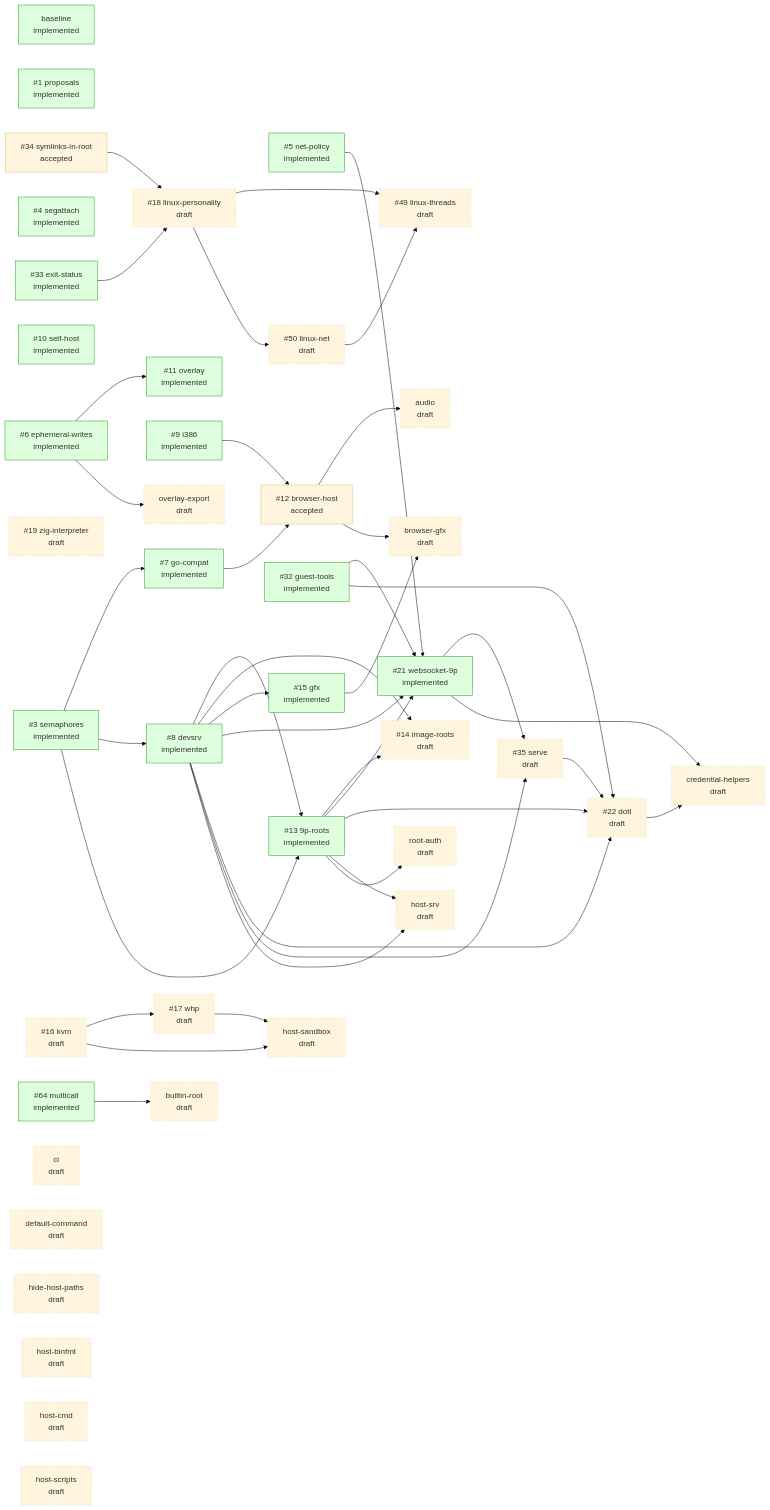
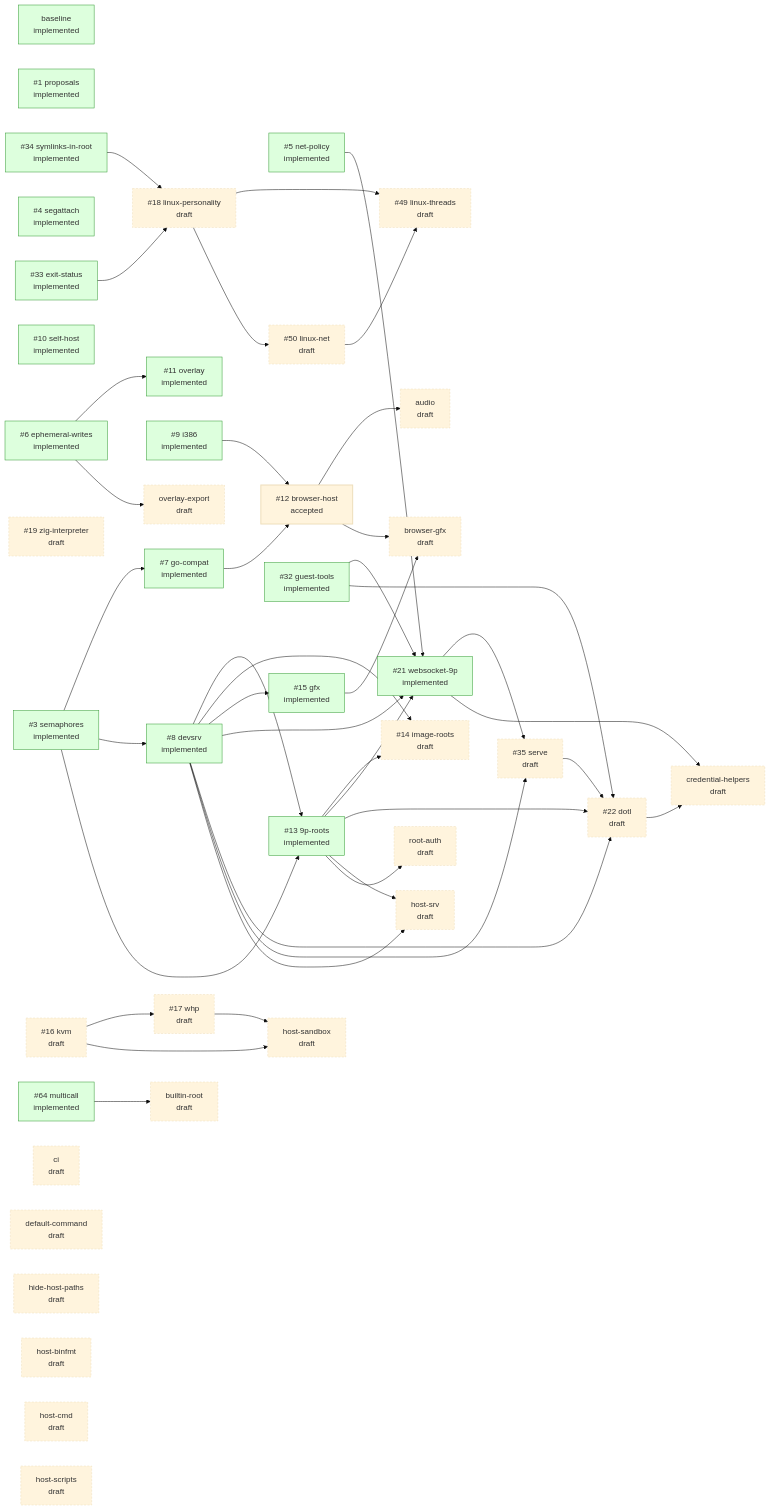
The diagram in design/STATUS.md (progrium/hyper9), drawn with Mermaid (base theme) before and after one commit. The commit also changed other lines of this file, not shown here.

```diff
--- a/design/STATUS.md
+++ b/design/STATUS.md
@@ -78,7 +78,7 @@
   p_dotl["#35;22 dotl<br/>draft"]:::draft
   p_guest_tools["#35;32 guest-tools<br/>implemented"]:::implemented
   p_exit_status["#35;33 exit-status<br/>implemented"]:::implemented
-  p_symlinks_in_root["#35;34 symlinks-in-root<br/>accepted"]:::accepted
+  p_symlinks_in_root["#35;34 symlinks-in-root<br/>implemented"]:::implemented
   p_serve["#35;35 serve<br/>draft"]:::draft
   p_linux_threads["#35;49 linux-threads<br/>draft"]:::draft
   p_linux_net["#35;50 linux-net<br/>draft"]:::draft
```
